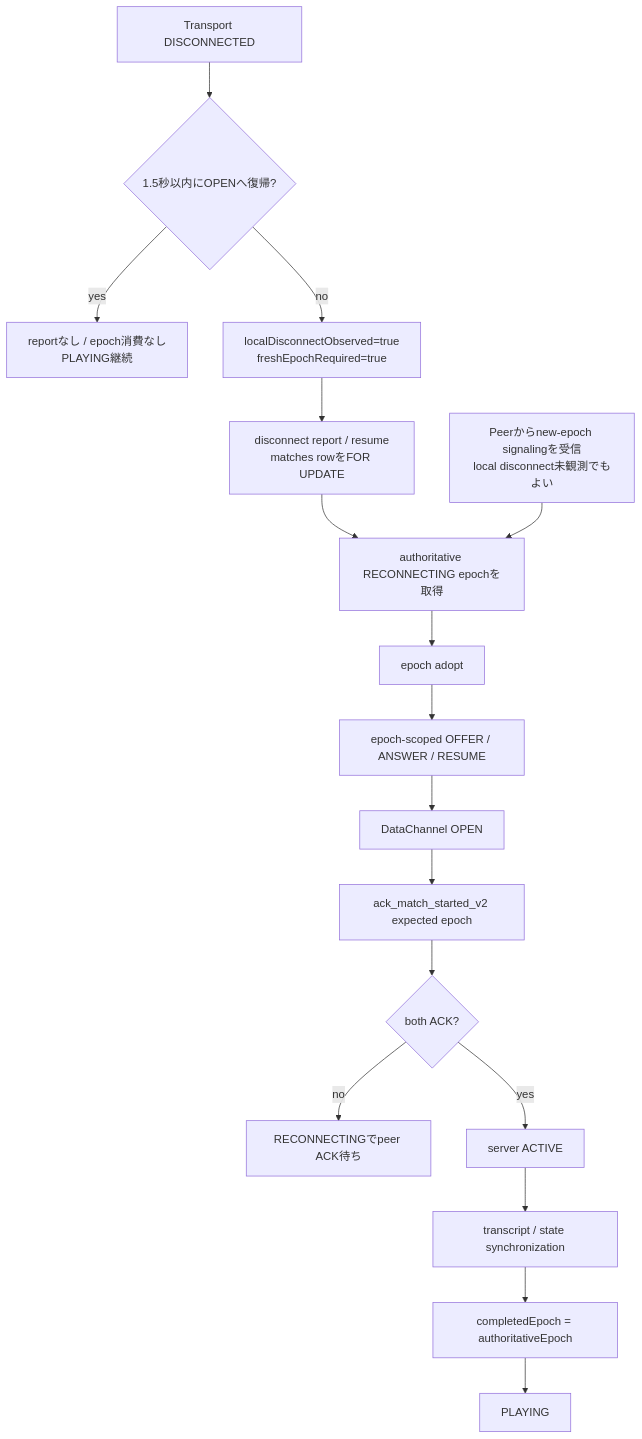
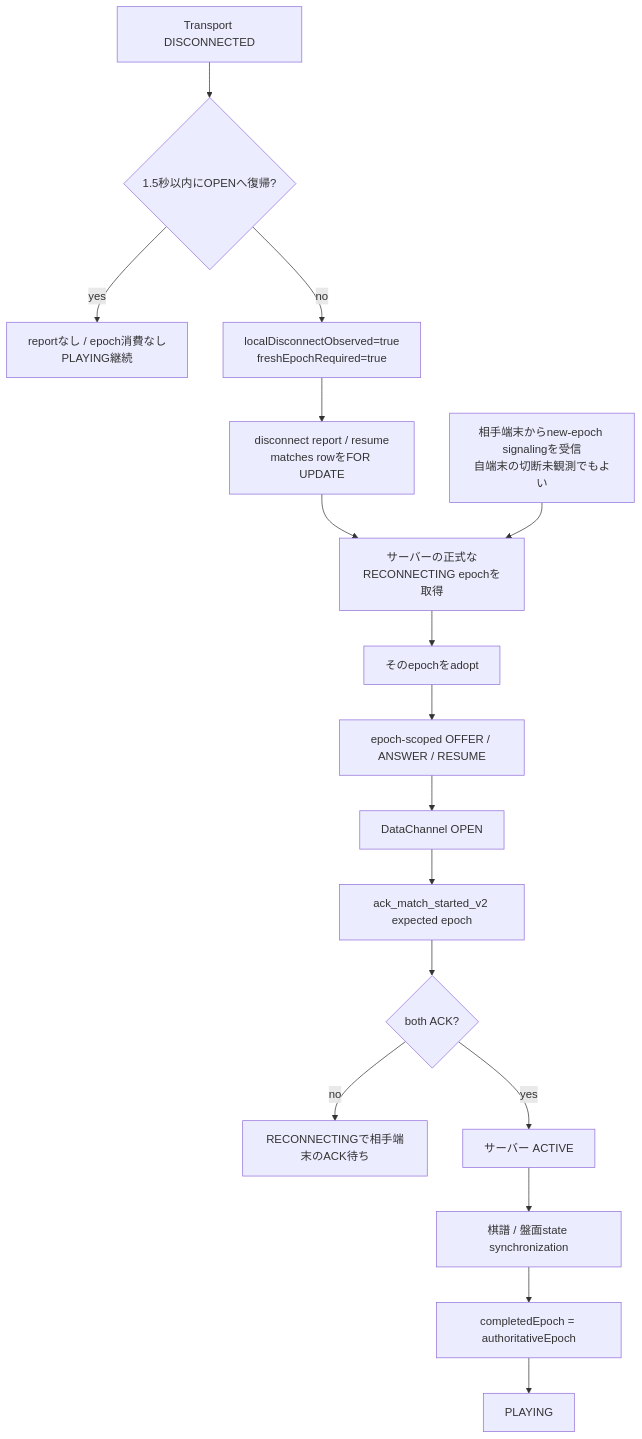
One commit to shinp-dev/othello changed the fifth of 5 diagrams in docs/ONLINE_MATCH_RECONNECT_DESIGN_STORY.md. Above: the diagram before and after it, drawn with Mermaid. The commit also changed other lines of this file, not shown here.

````diff
--- a/docs/ONLINE_MATCH_RECONNECT_DESIGN_STORY.md
+++ b/docs/ONLINE_MATCH_RECONNECT_DESIGN_STORY.md
@@ -238,19 +349,19 @@
 ```mermaid
 flowchart TD
     A[Transport DISCONNECTED] --> B{1.5秒以内にOPENへ復帰?}
     B -->|yes| C[reportなし / epoch消費なし<br/>PLAYING継続]
     B -->|no| D[localDisconnectObserved=true<br/>freshEpochRequired=true]
     D --> E[disconnect report / resume<br/>matches rowをFOR UPDATE]
-    E --> F[authoritative RECONNECTING epochを取得]
-    P[Peerからnew-epoch signalingを受信<br/>local disconnect未観測でもよい] --> F
-    F --> G[epoch adopt]
+    E --> F[サーバーの正式なRECONNECTING epochを取得]
+    P[相手端末からnew-epoch signalingを受信<br/>自端末の切断未観測でもよい] --> F
+    F --> G[そのepochをadopt]
     G --> H[epoch-scoped OFFER / ANSWER / RESUME]
     H --> I[DataChannel OPEN]
     I --> J[ack_match_started_v2 expected epoch]
     J --> K{both ACK?}
-    K -->|no| L[RECONNECTINGでpeer ACK待ち]
-    K -->|yes| M[server ACTIVE]
-    M --> N[transcript / state synchronization]
+    K -->|no| L[RECONNECTINGで相手端末のACK待ち]
+    K -->|yes| M[サーバー ACTIVE]
+    M --> N[棋譜 / 盤面state synchronization]
     N --> O[completedEpoch = authoritativeEpoch]
     O --> Q[PLAYING]
 ```
````
